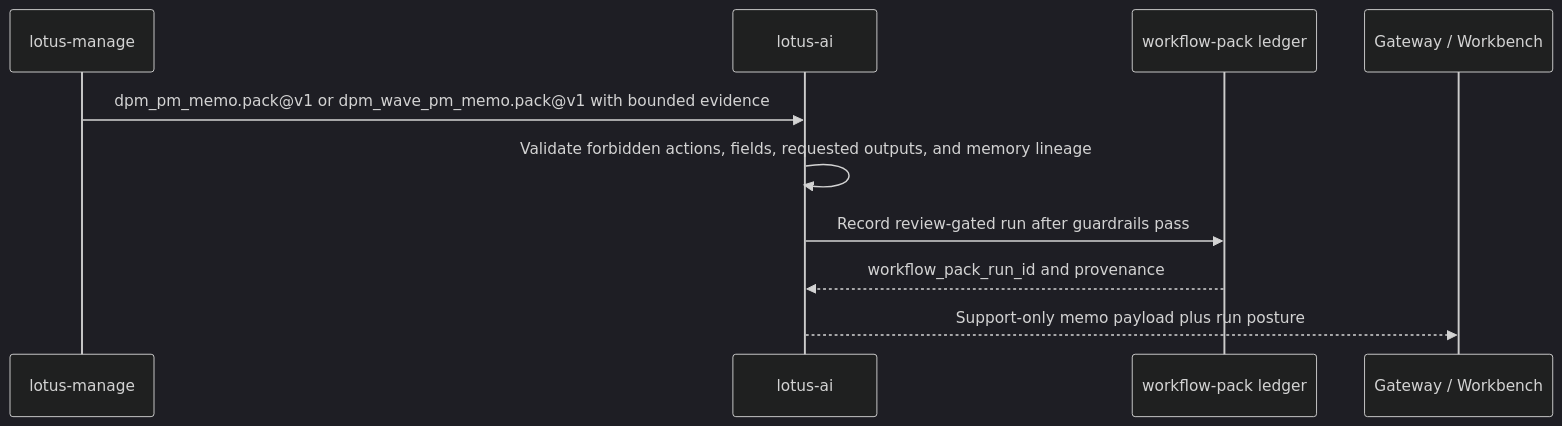
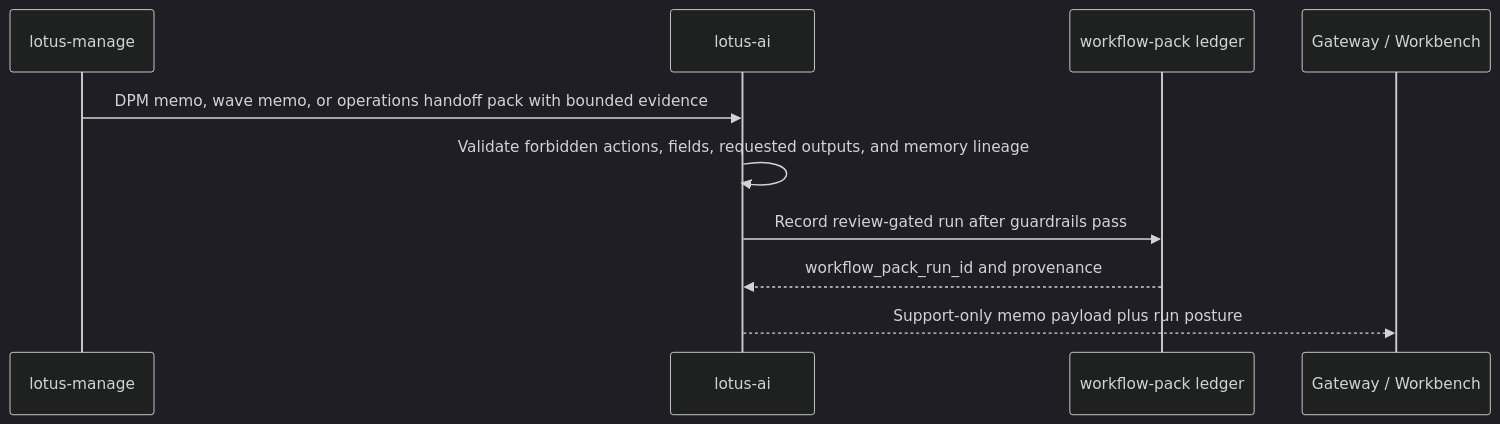
The diagram in wiki/Integrations.md (sgajbi/lotus-ai), drawn with Mermaid (dark theme) before and after one commit. The commit also changed other lines of this file and 29 other files, not shown here.

Commit message:
Implement DPM operations handoff summary pack

````diff
--- a/wiki/Integrations.md
+++ b/wiki/Integrations.md
@@ -215,12 +230,12 @@
 ```mermaid
 sequenceDiagram
     participant Manage as lotus-manage
     participant AI as lotus-ai
     participant Ledger as workflow-pack ledger
     participant UI as Gateway / Workbench
-    Manage->>AI: dpm_pm_memo.pack@v1 or dpm_wave_pm_memo.pack@v1 with bounded evidence
+    Manage->>AI: DPM memo, wave memo, or operations handoff pack with bounded evidence
     AI->>AI: Validate forbidden actions, fields, requested outputs, and memory lineage
     AI->>Ledger: Record review-gated run after guardrails pass
     Ledger-->>AI: workflow_pack_run_id and provenance
     AI-->>UI: Support-only memo payload plus run posture
 ```
````
